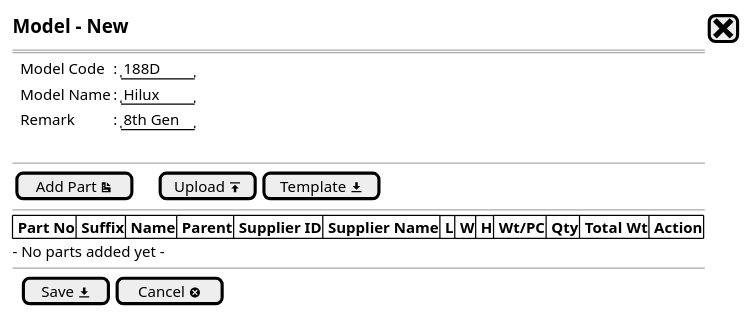
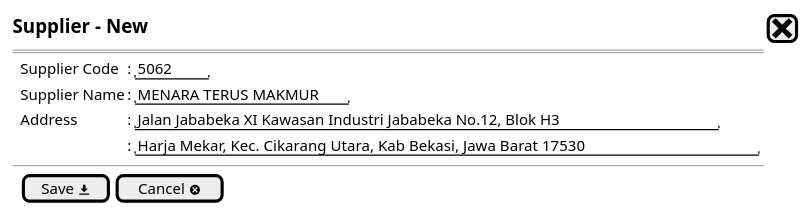
One commit to ari-fikri/packing-cost-mockup changed the diagram in Supplier Service/Supplier - newstep1a.puml. Above: the diagram before and after it, drawn with PlantUML. The commit also changed 5 other files, not shown here.

```diff
--- a/Supplier Service/Supplier - newstep1a.puml
+++ b/Supplier Service/Supplier - newstep1a.puml
@@ -1,27 +1,18 @@
 @startsalt
 {
-  <size:15><b>Model - New |[<size:25><&x>]|*
+  <size:15><b>Supplier - New |[<size:25><&x>]|*
   ==
   
   {   
-    .|Model Code |: |"188D   "|*
-    .|Model Name |: |"Hilux  "|*
-    .|Remark     |: |"8th Gen"|*
+    .|Supplier Code |: |"5062   "|*
+    .|Supplier Name |: |"MENARA TERUS MAKMUR  "|*
+    .|Address       |: |"Jalan Jababeka XI Kawasan Industri Jababeka No.12, Blok H3"
+    .|.             |: |"Harja Mekar, Kec. Cikarang Utara, Kab Bekasi, Jawa Barat 17530"|*
   }
-  .
---
-  {
-    [Add Part <&document>]|.|.|.|[Upload <&data-transfer-upload>]| [Template <&data-transfer-download>]|
-  }
-  --
-  {#
-    |<b> Part No |<b> Suffix |<b> Name |<b> Parent |<b> Supplier ID |<b> Supplier Name |<b> L |<b> W |<b> H |<b> Wt/PC |<b> Qty |<b> Total Wt |<b> Action |*|*|*|*|*|*|*
-  }
-  - No parts added yet -
   --
   {
   .|[ Save <&data-transfer-download>] |  [Cancel <&circle-x> ]|*
   }
 }
 
   @endsalt
```
